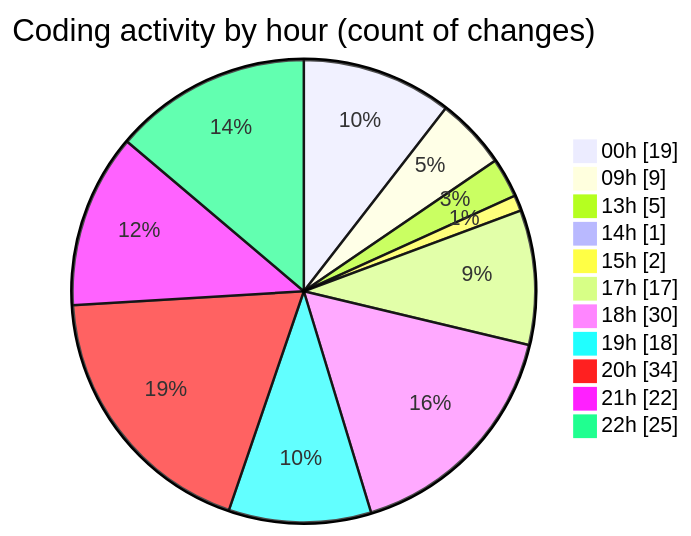
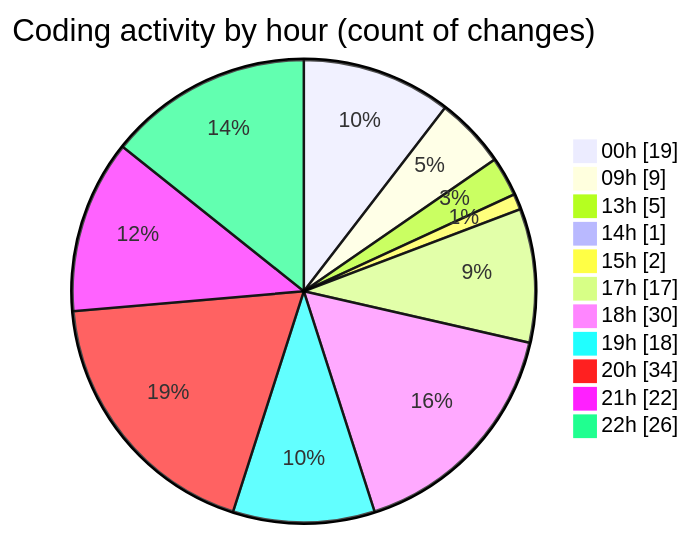
Before and after one commit to EIIisD/code-tracking: the second of 2 diagrams in 2025-08-12/ribbon/README.md, drawn with Mermaid. The commit also changed other lines of this file and 1 other file, not shown here.

````diff
--- a/2025-08-12/ribbon/README.md
+++ b/2025-08-12/ribbon/README.md
@@ -58,15 +58,15 @@
 ```mermaid
 pie showData
 title Coding activity by hour (count of changes)
 "00h" : 19
 "09h" : 9
 "13h" : 5
 "14h" : 1
 "15h" : 2
 "17h" : 17
 "18h" : 30
 "19h" : 18
 "20h" : 34
 "21h" : 22
-"22h" : 25
+"22h" : 26
 ```
````
